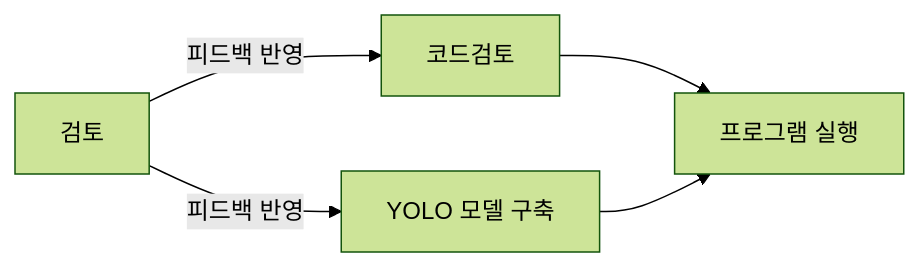
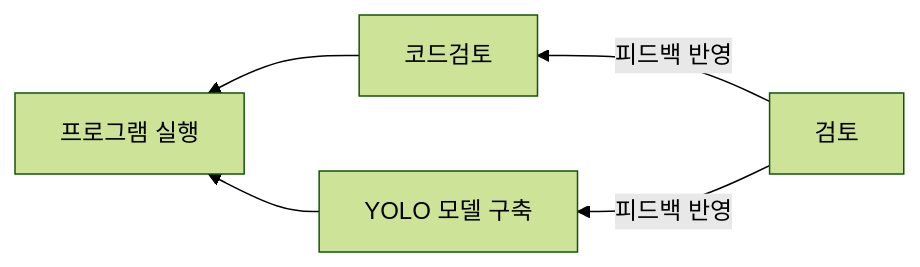
Before and after one commit to gamdumdum/my-project: the second of 2 diagrams in README.md, drawn with Mermaid (forest theme).

````diff
--- a/README.md
+++ b/README.md
@@ -22,7 +22,7 @@
 ```mermaid
-flowchart LR
+flowchart RL
     코드검토-->실행
     Yolo -->실행[프로그램 실행]
     검토[검토] -->|피드백 반영|Yolo[YOLO 모델 구축]
     검토 -->|피드백 반영|코드검토[코드검토]
 ```
````
